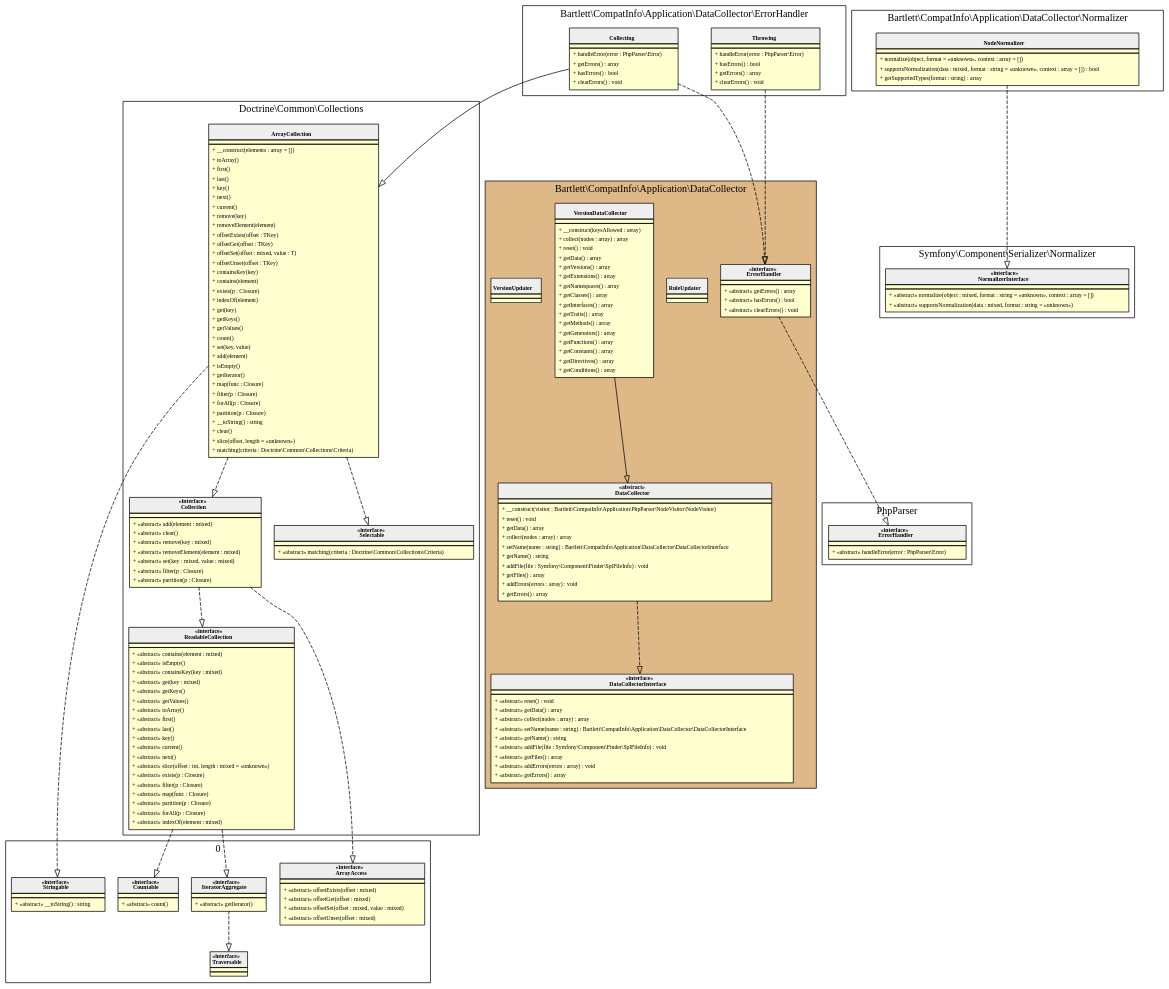
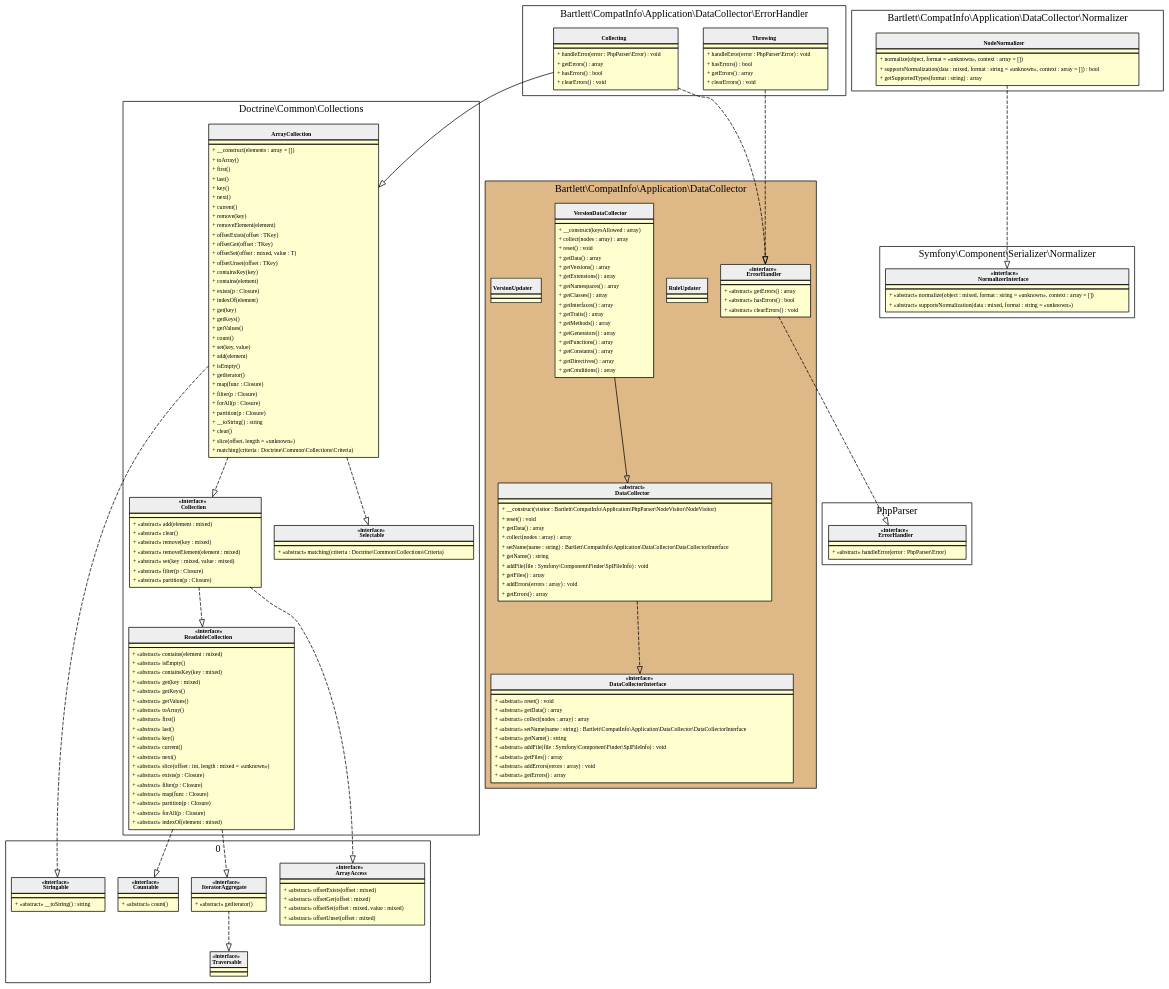
Before and after one commit to llaville/php-compatinfo: the diagram in 7.1/assets/images/application-datacollector.html.gv, drawn with Graphviz. The commit also changed 43 other files, not shown here.

```diff
--- a/7.1/assets/images/application-datacollector.html.gv
+++ b/7.1/assets/images/application-datacollector.html.gv
@@ -9,7 +9,7 @@
     <tr><td bgcolor="#eeeeee"><b><br/>Collecting</b></td></tr>
     <tr><td></td></tr>
     <tr><td><table border="0" cellspacing="0" cellpadding="2">
-    <tr><td align="left">+ handleError(error : PhpParser\\Error)</td></tr>
+    <tr><td align="left">+ handleError(error : PhpParser\\Error) : void</td></tr>
     <tr><td align="left">+ getErrors() : array</td></tr>
     <tr><td align="left">+ hasErrors() : bool</td></tr>
     <tr><td align="left">+ clearErrors() : void</td></tr>
@@ -20,7 +20,7 @@
     <tr><td bgcolor="#eeeeee"><b><br/>Throwing</b></td></tr>
     <tr><td></td></tr>
     <tr><td><table border="0" cellspacing="0" cellpadding="2">
-    <tr><td align="left">+ handleError(error : PhpParser\\Error)</td></tr>
+    <tr><td align="left">+ handleError(error : PhpParser\\Error) : void</td></tr>
     <tr><td align="left">+ hasErrors() : bool</td></tr>
     <tr><td align="left">+ getErrors() : array</td></tr>
     <tr><td align="left">+ clearErrors() : void</td></tr>
```
